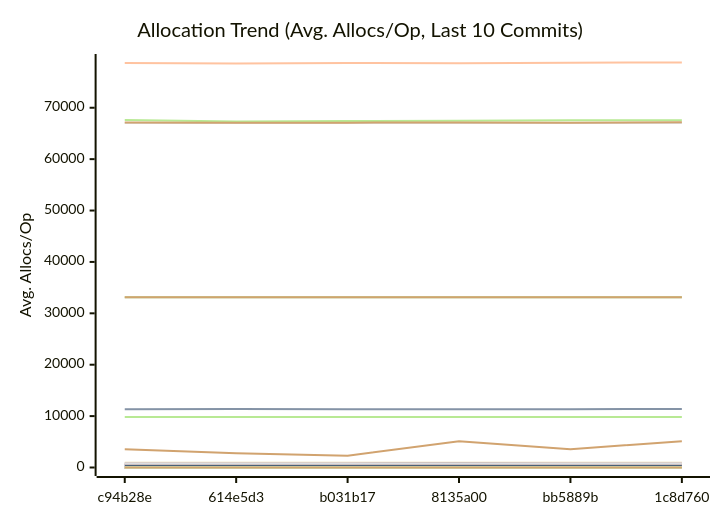
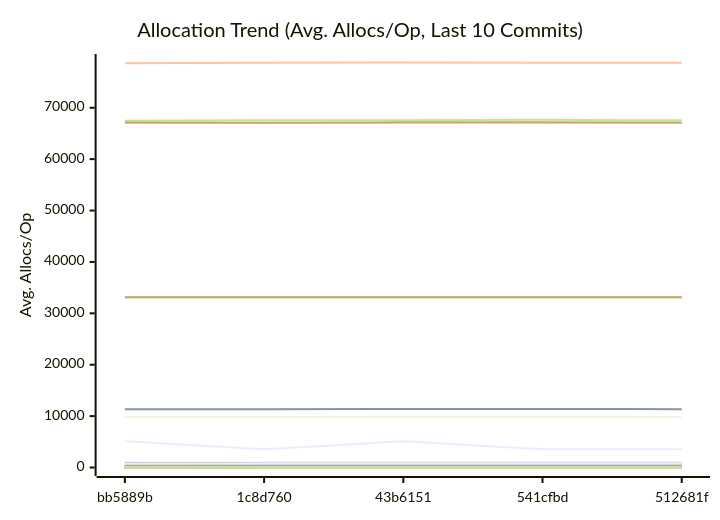
Before and after one commit to alsotoes/momo: the third of 3 diagrams in docs/REFERENCE/PERFORMANCE.md, drawn with Mermaid. The commit also changed other lines of this file and 17 other files, not shown here.

````diff
--- a/docs/REFERENCE/PERFORMANCE.md
+++ b/docs/REFERENCE/PERFORMANCE.md
@@ -421,53 +471,62 @@
 ```mermaid
 xychart-beta
     title "Allocation Trend (Avg. Allocs/Op, Last 10 Commits)"
     x-axis "Commit"
     y-axis "Avg. Allocs/Op"
-    x-axis [c94b28e,614e5d3,b031b17,8135a00,bb5889b,1c8d760]
+    x-axis [bb5889b,1c8d760,43b6151,541cfbd,512681f]
     line "AdaptivePutBlob64KiB" [0,0,0,0,0,0,0,0,0,0]
-    line "AWSChunkedReaderSigned" [11346,11370,11345,11319,11351,11392,11401,11341,11197,11180]
-    line "AWSChunkedReaderUnsigned" [78690,78621,78704,78640,78777,78804,78750,78733,78518,78515]
+    line "AWSChunkedReaderSigned" [11319,11351,11392,11401,11341,11197,11180,11191,11184,11178]
+    line "AWSChunkedReaderUnsigned" [78640,78777,78804,78750,78733,78518,78515,78532,78527,78526]
     line "CheckMetricsAndSwap" [0,0,0,0,0,0,0,0,0,0]
     line "CrushOptimized" [0,0,0,0,0,0,0,0,0,0]
     line "CrushOriginal" [3,3,3,3,3,3,3,3,3,3]
     line "EtagMatches" [0,0,0,0,0,0,0,0,0,0]
-    line "EtagMatchesSplit" [0,0,0,0,0,0,0,0,1,1]
+    line "EtagMatchesSplit" [0,0,0,0,0,1,1,1,1,1]
     line "FormatListObjectsV2XML_AppendFormat" [16,16,16,16,16,16,16,16,16,16]
     line "FormatListObjectsV2XML_OldFormat" [1000,1000,1000,1000,1000,1000,1000,1000,1000,1000]
     line "HashBytes/1MiB" [64,64,64,64,64,64,64,64,64,64]
     line "HashBytes/256MiB" [64,64,64,64,64,64,64,64,64,64]
     line "HashBytes/64MiB" [64,64,64,64,64,64,64,64,64,64]
     line "HashFile/1MiB" [33128,33128,33128,33128,33128,33128,33128,33128,33128,33128]
     line "HashFile/256MiB" [33128,33128,33128,33128,33128,33128,33128,33128,33128,33128]
     line "HashFile/64MiB" [33128,33128,33128,33128,33128,33128,33128,33128,33128,33128]
     line "IndexDirectTracking" [0,0,0,0,0,0,0,0,0,0]
     line "IndexSearch" [0,0,0,0,0,0,0,0,0,0]
     line "LastModifiedHeader_AppendFormat" [0,0,0,0,0,0,0,0,0,0]
     line "LastModifiedHeader_Format" [1,1,1,1,1,1,1,1,1,1]
     line "ListPartsTime_AppendFormat" [0,0,0,0,0,0,0,0,0,0]
-    line "ListPartsTime_Format" [0,0,0,0,0,0,0,0,1,1]
+    line "ListPartsTime_Format" [0,0,0,0,0,1,1,1,1,1]
     line "LoadGlobalConfig" [58,58,58,58,58,58,58,58,58,58]
-    line "LocalWrite/1MiB" [67033,67031,67039,67040,67044,67048,67040,67040,67081,67076]
-    line "LocalWrite/256MiB" [67598,67348,67405,67488,67564,67569,67644,67553,67378,67316]
-    line "LocalWrite/64MiB" [67134,67099,67099,67127,67078,67158,67158,67139,67123,67115]
+    line "LocalWrite/1MiB" [67040,67044,67048,67040,67040,67081,67076,67077,67076,67076]
+    line "LocalWrite/256MiB" [67488,67564,67569,67644,67553,67378,67316,67320,67343,67343]
+    line "LocalWrite/64MiB" [67127,67078,67158,67158,67139,67123,67115,67123,67119,67112]
     line "PadString" [1,1,1,1,1,1,1,1,1,1]
+    line "ParseACLResource_IndexByte" [0,0,0,0,0,0,0,0,0,0]
+    line "ParseACLResource_Split" [0,0,0,0,0,0,0,0,0,0]
     line "ParseAWSChunkHeader" [0,0,0,0,0,0,0,0,0,0]
+    line "ParseChecksum" [0,0,0,0,0,0,0,0,0,0]
+    line "ParseChecksumDynamicBaseline" [0,0,0,0,0,0,0,0,4,4]
     line "ParseReplicationOrder_NoPrealloc" [6,6,6,6,6,5,5,5,5,5]
     line "ParseReplicationOrder_Prealloc" [2,2,2,2,2,1,1,1,1,1]
     line "PheromoneSelectReplica" [0,0,0,0,0,0,0,0,0,0]
+    line "PickShedTarget" [0,0,0,0,0,0,0,0,6,6]
     line "Placement" [6,6,6,6,6,6,6,6,6,6]
     line "PlacementDomainSpread" [6,6,6,6,6,6,6,6,6,6]
-    line "ReadVerify/1MiB" [438,437,474,439,490,440,496,437,458,471]
-    line "ReadVerify/256MiB" [9808,9808,9808,9808,9808,9808,9808,9808,9808,5120]
-    line "ReadVerify/64MiB" [3557,2776,2307,5120,3557,5120,3557,3557,2307,2776]
-    line "S3PutSpool/1MiB" [448,447,448,447,447,447,447,447,447,447]
+    line "ReadVerify/1MiB" [439,490,440,496,437,458,471,460,435,469]
+    line "ReadVerify/256MiB" [9808,9808,9808,9808,9808,9808,5120,5120,9808,5120]
+    line "ReadVerify/64MiB" [5120,3557,5120,3557,3557,2307,2776,2307,2776,2776]
+    line "RebalanceCycle/blobs=100" [0,0,0,0,0,0,0,0,0,0]
+    line "RebalanceCycle/blobs=1000" [0,0,0,0,0,0,0,0,0,0]
+    line "S3PutSpool/1MiB" [447,447,447,447,447,447,447,447,447,447]
     line "S3PutSpool/256MiB" [448,448,448,448,448,448,448,448,448,448]
     line "S3PutSpool/64MiB" [448,448,448,448,448,448,448,448,448,448]
     line "SanitizeLog/Safe" [0,0,0,0,0,0,0,0,0,0]
     line "SanitizeLog/Unsafe" [1,1,1,1,1,1,1,1,1,1]
-    line "TrustedRead/1MiB" [800,800,800,858,800,800,800,800,800,822]
+    line "TrustedRead/1MiB" [858,800,800,800,800,800,822,800,800,800]
     line "TrustedRead/256MiB" [800,800,800,800,800,800,800,800,800,800]
     line "TrustedRead/64MiB" [800,800,800,800,800,800,800,800,800,800]
     line "VolumeGetBlob64KiB" [0,0,0,0,0,0,0,0,0,0]
     line "VolumePutBlob64KiB" [0,0,0,0,0,0,0,0,0,0]
+    line "WriteThrottled/throttled-10Gbps" [0,0,0,0,0,0,0,0,298,318]
+    line "WriteThrottled/unlimited" [0,0,0,0,0,0,0,0,0,0]
 ```
````
